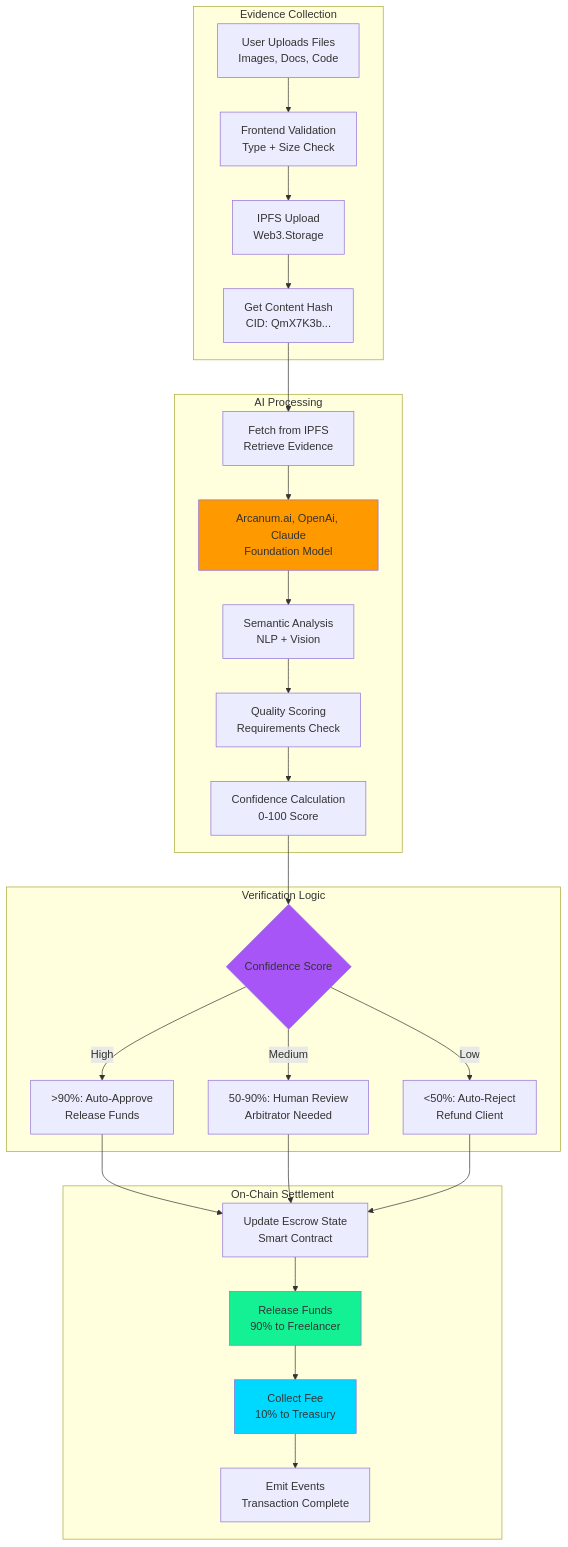
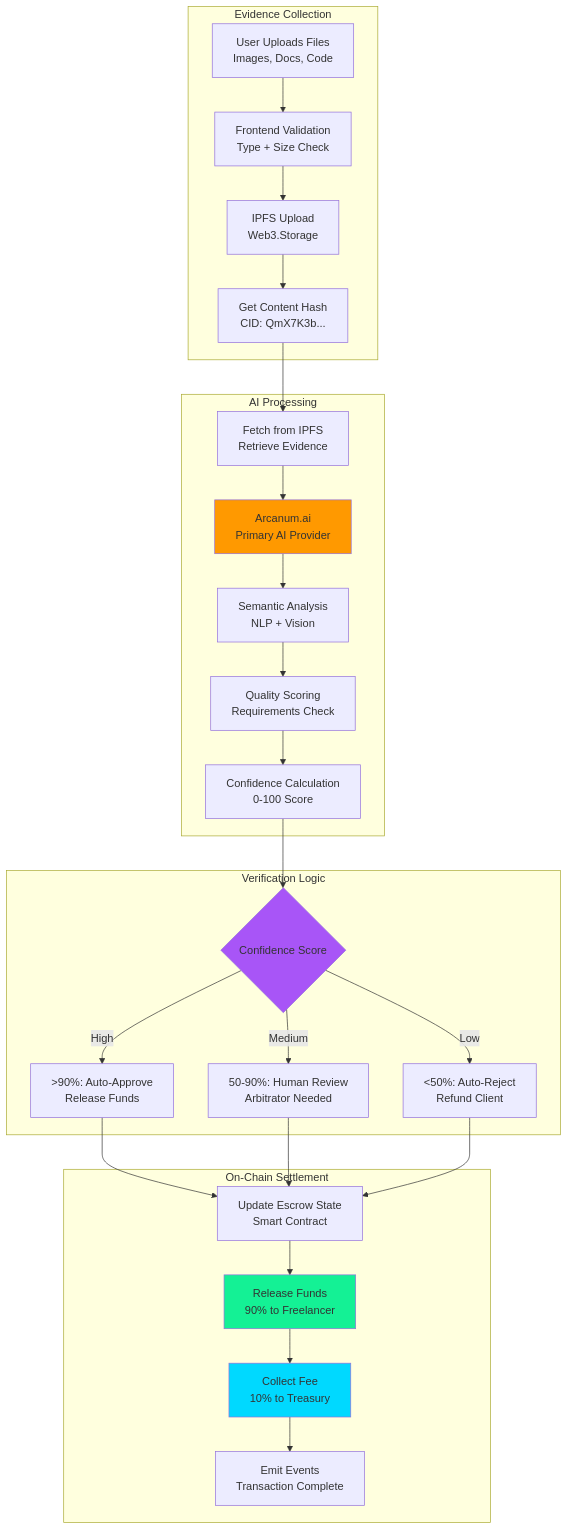
The third of 5 diagrams in diagrams/architecture-diagrams.md (De-real-iManuel/aetherlock-docs), drawn with Mermaid before and after one commit. The commit also changed other lines of this file and 92 other files, not shown here.

````diff
--- a/diagrams/architecture-diagrams.md
+++ b/diagrams/architecture-diagrams.md
@@ -141,60 +141,60 @@
 ```mermaid
 flowchart TB
     subgraph "Evidence Collection"
         A[User Uploads Files<br/>Images, Docs, Code]
         B[Frontend Validation<br/>Type + Size Check]
         C[IPFS Upload<br/>Web3.Storage]
         D[Get Content Hash<br/>CID: QmX7K3b...]
     end
     
     subgraph "AI Processing"
         E[Fetch from IPFS<br/>Retrieve Evidence]
-        F[Arcanum.ai, OpenAi, Claude<br/>Foundation Model]
+        F[Arcanum.ai<br/>Primary AI Provider]
         G[Semantic Analysis<br/>NLP + Vision]
         H[Quality Scoring<br/>Requirements Check]
         I[Confidence Calculation<br/>0-100 Score]
     end
     
     subgraph "Verification Logic"
         J{Confidence Score}
         K[>90%: Auto-Approve<br/>Release Funds]
         L[50-90%: Human Review<br/>Arbitrator Needed]
         M[<50%: Auto-Reject<br/>Refund Client]
     end
     
     subgraph "On-Chain Settlement"
         N[Update Escrow State<br/>Smart Contract]
         O[Release Funds<br/>90% to Freelancer]
         P[Collect Fee<br/>10% to Treasury]
         Q[Emit Events<br/>Transaction Complete]
     end
     
     A --> B
     B --> C
     C --> D
     D --> E
     
     E --> F
     F --> G
     G --> H
     H --> I
     
     I --> J
     
     J -->|High| K
     J -->|Medium| L
     J -->|Low| M
     
     K --> N
     L --> N
     M --> N
     
     N --> O
     O --> P
     P --> Q
     
     style F fill:#FF9900
     style J fill:#A855F7
     style O fill:#14F195
     style P fill:#00D9FF
 ```
````
